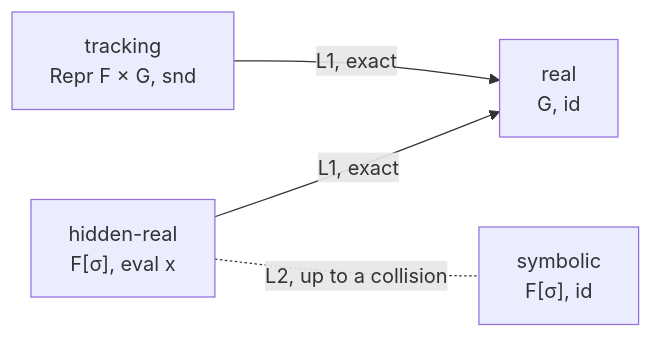
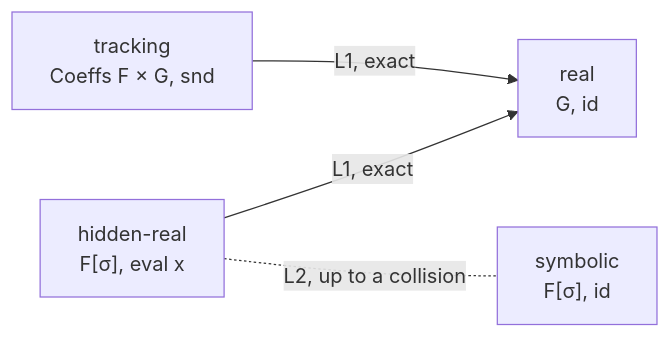
One commit to Verified-zkEVM/VCVio changed the second of 4 diagrams in docs/design/group-models.md. Above: the diagram before and after it, drawn with Mermaid. The commit also changed other lines of this file, not shown here.

````diff
--- a/docs/design/group-models.md
+++ b/docs/design/group-models.md
@@ -165,6 +165,6 @@
 ```mermaid
 flowchart LR
-  T["tracking<br/>Repr F × G, snd"] -- "L1, exact" --> R["real<br/>G, id"]
+  T["tracking<br/>Coeffs F × G, snd"] -- "L1, exact" --> R["real<br/>G, id"]
   H["hidden-real<br/>F[σ], eval x"] -- "L1, exact" --> R
   H -. "L2, up to a collision" .- S["symbolic<br/>F[σ], id"]
 ```
````
